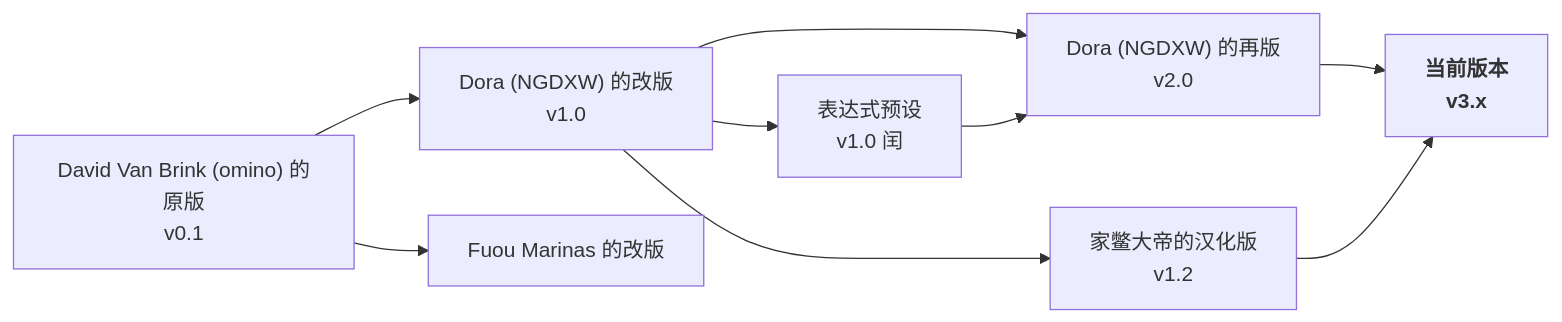
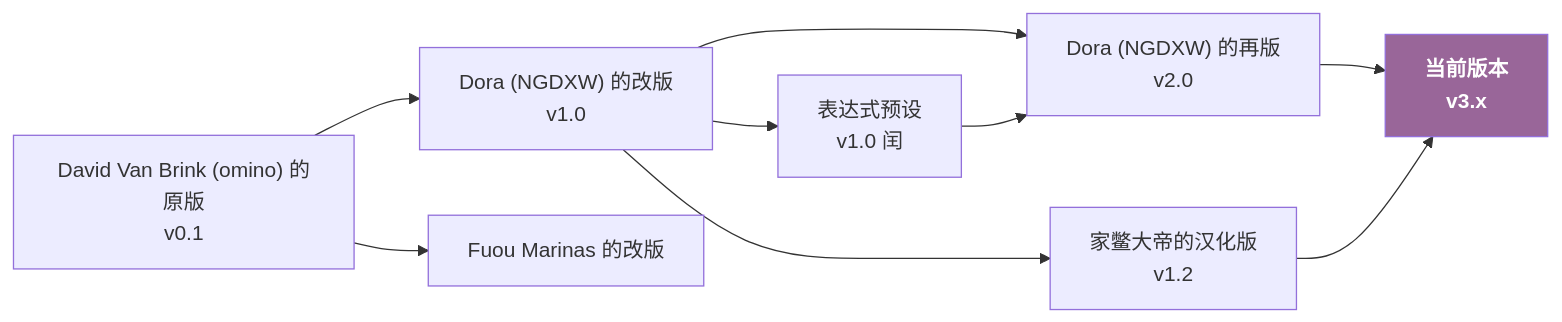
One commit to otomad/om_midi changed the diagram in README_zh-CN.md. Above: the diagram before and after it, drawn with Mermaid. The commit also changed 4 other files, not shown here.

Commit message:
docs: update mermaid style

````diff
--- a/README_zh-CN.md
+++ b/README_zh-CN.md
@@ -80,33 +80,33 @@
 ```mermaid
 flowchart LR
-    %% Definitions
-    DVB-IE["David Van Brink (omino) 的原版<br>v0.1"]
-    Dora-R["Dora (NGDXW) 的改版<br>v1.0"]
-    EP["表达式预设<br>v1.0 闰"]
-    Z4HD-CE["家鳖大帝的汉化版<br>v1.2"]
-    Dora-R2["Dora (NGDXW) 的再版<br>v2.0"]
-    CV["当前版本<br>v3.x"]:::current
-    FM-R["Fuou Marinas 的改版"]
+	%% Definitions
+	DVB-IE["David Van Brink (omino) 的原版<br>v0.1"]
+	Dora-R["Dora (NGDXW) 的改版<br>v1.0"]
+	EP["表达式预设<br>v1.0 闰"]
+	Z4HD-CE["家鳖大帝的汉化版<br>v1.2"]
+	Dora-R2["Dora (NGDXW) 的再版<br>v2.0"]
+	CV["当前版本<br>v3.x"]:::current
+	FM-R["Fuou Marinas 的改版"]
 
-    %% Connections
-    DVB-IE --> Dora-R
-    Dora-R --> EP
-    Dora-R --> Z4HD-CE
-    Dora-R --> Dora-R2
-    EP --> Dora-R2
-    Dora-R2 --> CV
-    Z4HD-CE --> CV
-    DVB-IE --> FM-R
+	%% Connections
+	DVB-IE --> Dora-R
+	Dora-R --> EP
+	Dora-R --> Z4HD-CE
+	Dora-R --> Dora-R2
+	EP --> Dora-R2
+	Dora-R2 --> CV
+	Z4HD-CE --> CV
+	DVB-IE --> FM-R
 
-    %% Class definitions
-    classDef current font-weight:bold
+	%% Styles
+	style CV font-weight:bold,fill:#969,color:white
 
 	%% Click events
 	click DVB-IE "https://omino.com/pixelblog/2011/12/26/ae-hello-again-midi/"
 	click Dora-R "https://www.bilibili.com/read/cv170398"
 	click EP "https://www.bilibili.com/video/av29649969"
 	click Z4HD-CE "https://github.com/Z4HD/om_midi_NGDXW_zh"
 	click Dora-R2 "https://www.bilibili.com/read/cv1217487"
 	click CV "https://github.com/otomad/om_midi"
 	click FM-R "https://github.com/FuouM/AE-ReOm-MIDI"
 ```
````
